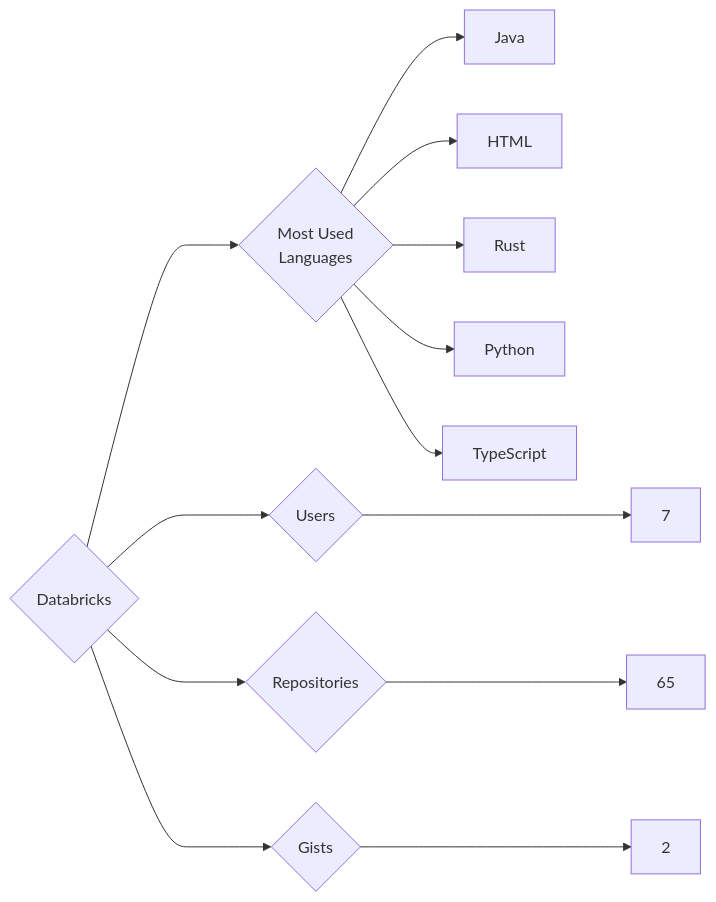
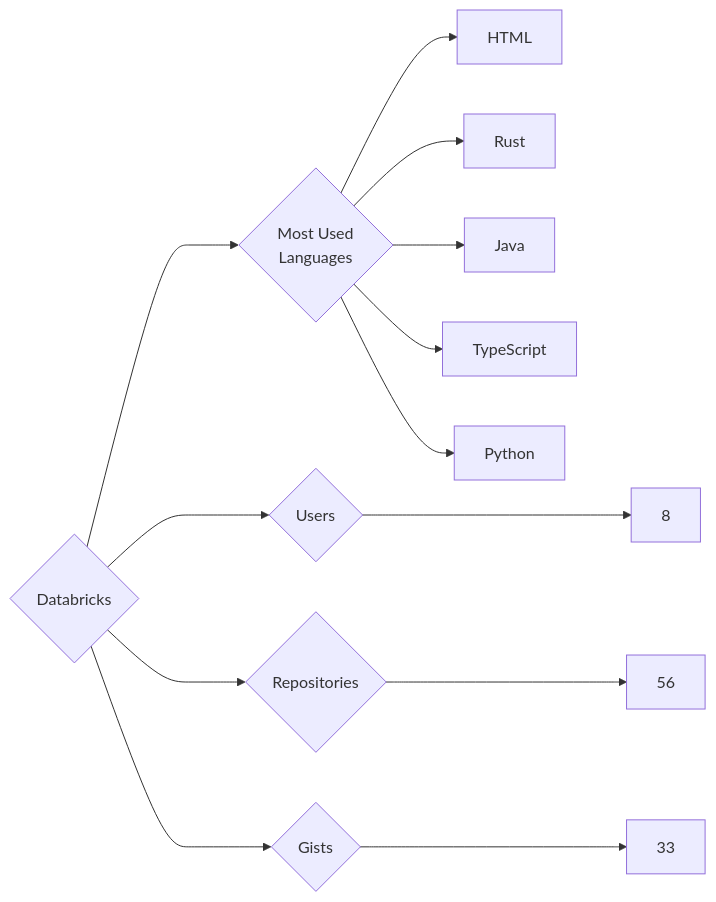
The diagram in targets/Databricks/README.md (trickest/insiders), drawn with Mermaid before and after one commit. The commit also changed 865 other files, not shown here.

````diff
--- a/targets/Databricks/README.md
+++ b/targets/Databricks/README.md
@@ -3,13 +3,13 @@
 ```mermaid
 graph LR
 COMPANY_NAME{Databricks}
-COMPANY_NAME ---> U{Users} ---> UN[7]
-COMPANY_NAME ---> R{Repositories} ---> RN[65]
-COMPANY_NAME ---> G{Gists} ---> GN[2]
+COMPANY_NAME ---> U{Users} ---> UN[8]
+COMPANY_NAME ---> R{Repositories} ---> RN[56]
+COMPANY_NAME ---> G{Gists} ---> GN[33]
 COMPANY_NAME ---> ML{Most Used<br>Languages}
-ML --> Java[Java]
 ML --> HTML[HTML]
 ML --> Rust[Rust]
+ML --> Java[Java]
+ML --> TypeScript[TypeScript]
 ML --> Python[Python]
-ML --> TypeScript[TypeScript]
 ```
````
